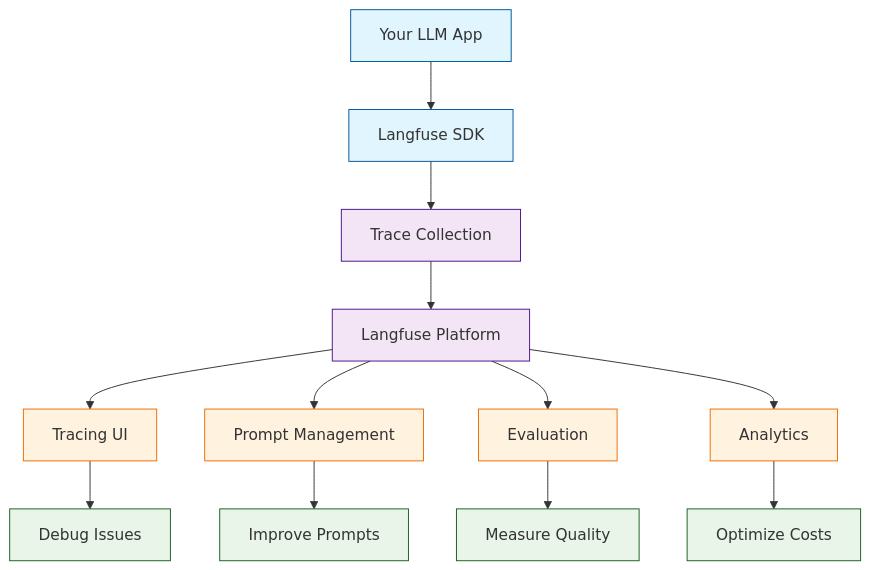
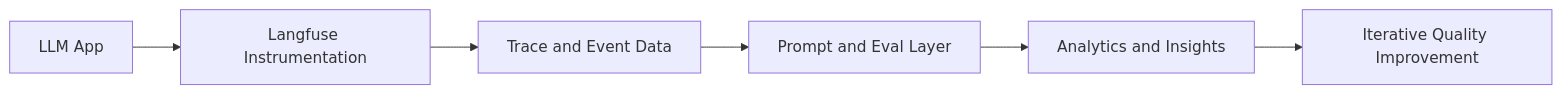
The diagram in tutorials/langfuse-tutorial/index.md (johnxie/awesome-code-docs), drawn with Mermaid before and after one commit. The commit also changed other lines of this file and 6 other files, not shown here.

````diff
--- a/tutorials/langfuse-tutorial/index.md
+++ b/tutorials/langfuse-tutorial/index.md
@@ -37,28 +38,8 @@
 ```mermaid
-flowchart TD
-    A[Your LLM App] --> B[Langfuse SDK]
-    
-    B --> C[Trace Collection]
-    
-    C --> D[Langfuse Platform]
-    
-    D --> E[Tracing UI]
-    D --> F[Prompt Management]
-    D --> G[Evaluation]
-    D --> H[Analytics]
-    
-    E --> I[Debug Issues]
-    F --> J[Improve Prompts]
-    G --> K[Measure Quality]
-    H --> L[Optimize Costs]
-    
-    classDef app fill:#e1f5fe,stroke:#01579b
-    classDef platform fill:#f3e5f5,stroke:#4a148c
-    classDef features fill:#fff3e0,stroke:#ef6c00
-    classDef outcomes fill:#e8f5e8,stroke:#1b5e20
-    
-    class A,B app
-    class C,D platform
-    class E,F,G,H features
-    class I,J,K,L outcomes
+flowchart LR
+    A[LLM App] --> B[Langfuse Instrumentation]
+    B --> C[Trace and Event Data]
+    C --> D[Prompt and Eval Layer]
+    D --> E[Analytics and Insights]
+    E --> F[Iterative Quality Improvement]
 ```
````
